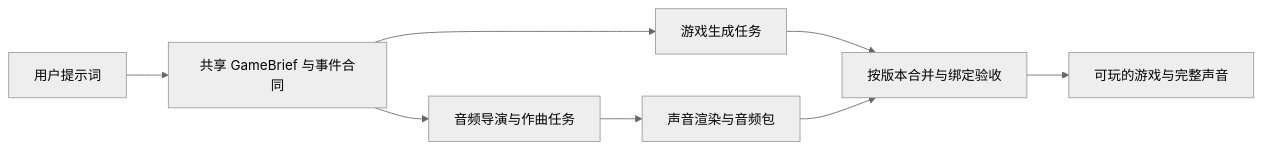
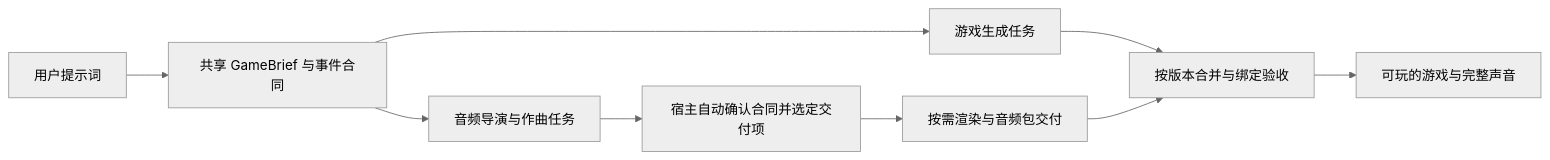
The diagram in docs/PIPELINE-CONTRACT.md (hsiaozzz/game-audio-lab), drawn with Mermaid (neutral theme) before and after one commit. The commit also changed other lines of this file and 4 other files, not shown here.

````diff
--- a/docs/PIPELINE-CONTRACT.md
+++ b/docs/PIPELINE-CONTRACT.md
@@ -17,10 +19,11 @@
 ```mermaid
 flowchart LR
     P[用户提示词] --> D[共享 GameBrief 与事件合同]
     D --> G[游戏生成任务]
     D --> A[音频导演与作曲任务]
-    A --> R[声音渲染与音频包]
+    A --> C[宿主自动确认合同并选定交付项]
+    C --> R[按需渲染与音频包交付]
     G --> J[按版本合并与绑定验收]
     R --> J
     J --> O[可玩的游戏与完整声音]
 ```
````
